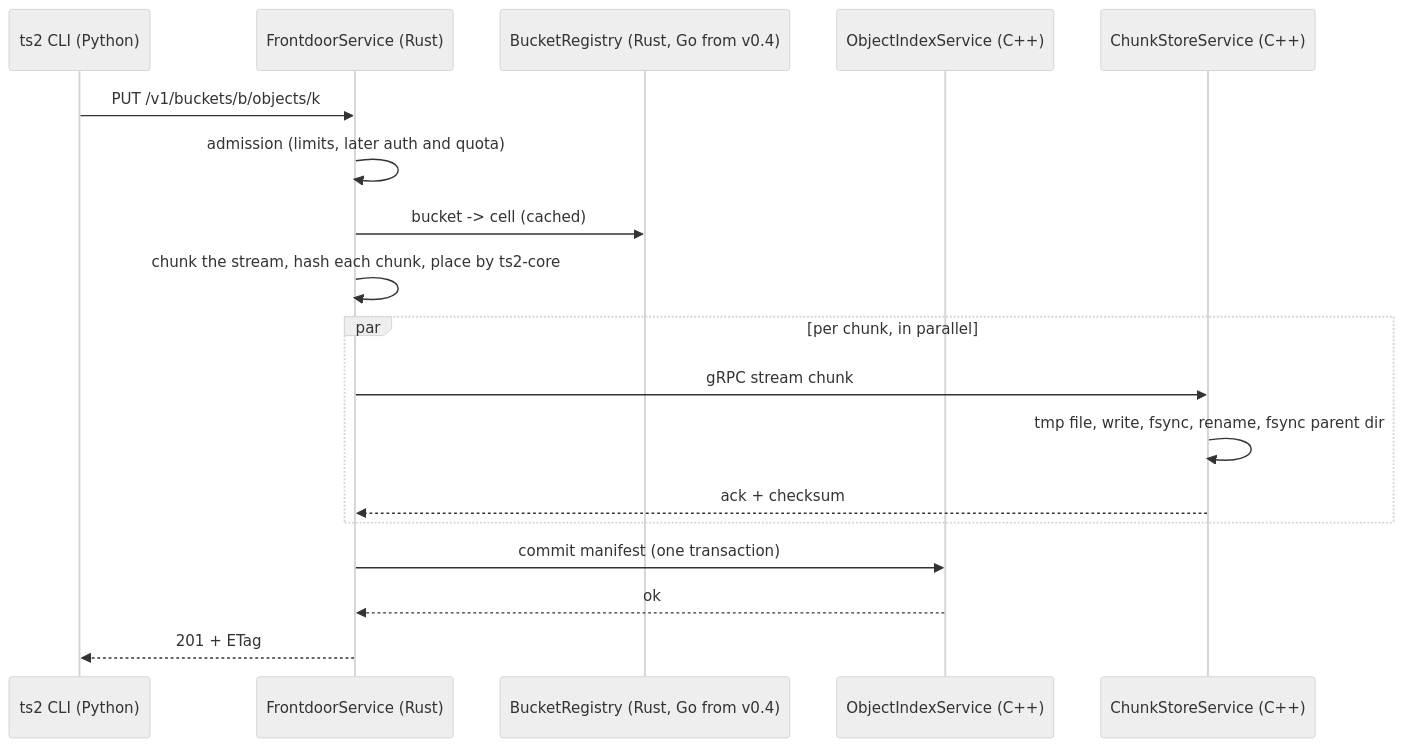
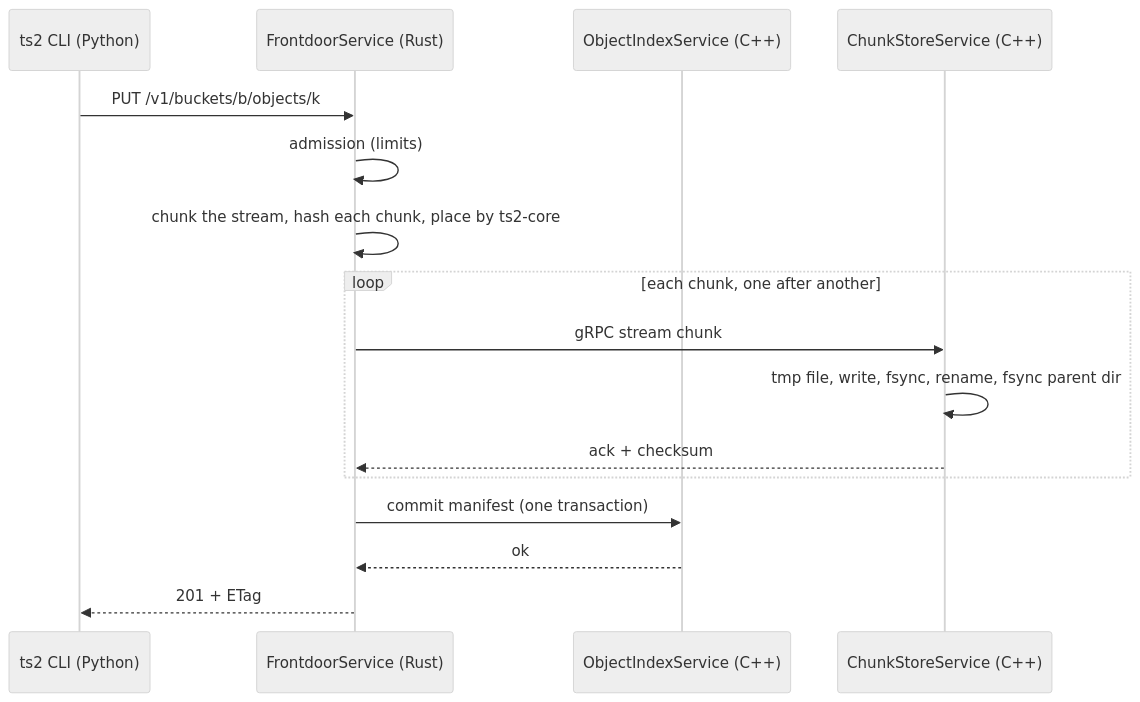
The third of 7 diagrams in docs/design/000-system-overview.md (pratikSethi/toy-storage-service), drawn with Mermaid (neutral theme) before and after one commit. The commit also changed other lines of this file and 24 other files, not shown here.

````diff
--- a/docs/design/000-system-overview.md
+++ b/docs/design/000-system-overview.md
@@ -111,20 +132,18 @@
 ```mermaid
 sequenceDiagram
   participant C as ts2 CLI (Python)
   participant G as FrontdoorService (Rust)
-  participant R as BucketRegistry (Rust, Go from v0.4)
   participant M as ObjectIndexService (C++)
   participant N as ChunkStoreService (C++)
   C->>G: PUT /v1/buckets/b/objects/k
-  G->>G: admission (limits, later auth and quota)
-  G->>R: bucket -> cell (cached)
+  G->>G: admission (limits)
   G->>G: chunk the stream, hash each chunk, place by ts2-core
-  par per chunk, in parallel
+  loop each chunk, one after another
     G->>N: gRPC stream chunk
     N->>N: tmp file, write, fsync, rename, fsync parent dir
     N-->>G: ack + checksum
   end
   G->>M: commit manifest (one transaction)
   M-->>G: ok
   G-->>C: 201 + ETag
 ```
````
